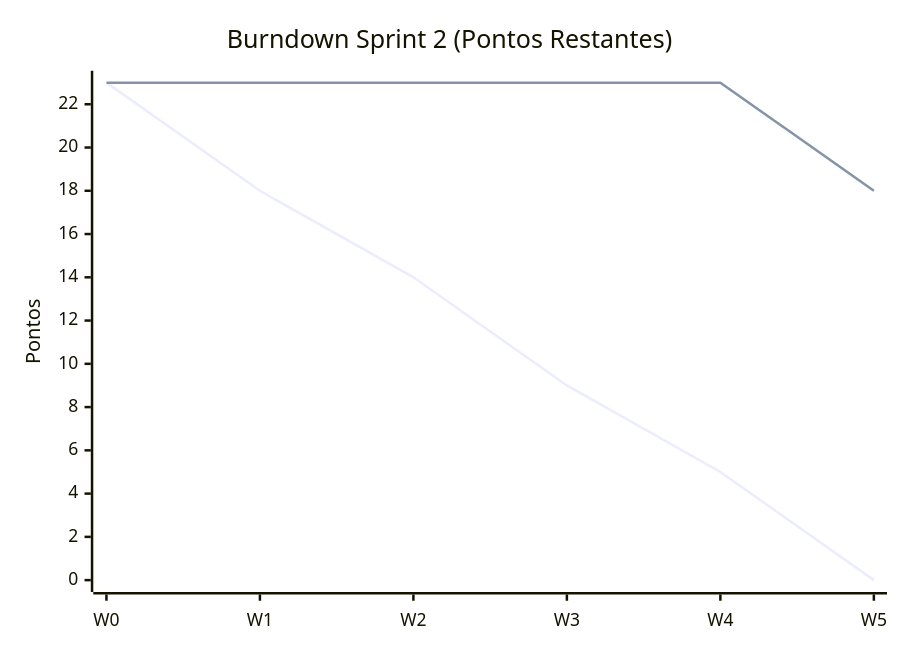
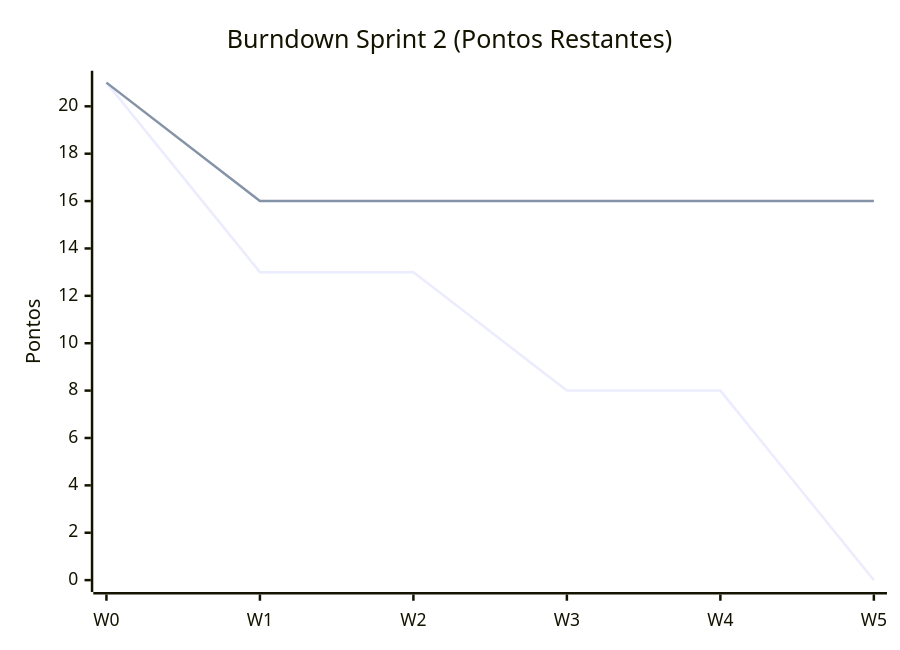
One commit to candago-6/documentacao changed the second of 3 diagrams in README.md. Above: the diagram before and after it, drawn with Mermaid. The commit also changed other lines of this file, not shown here.

Commit message:
update sprints

````diff
--- a/README.md
+++ b/README.md
@@ -151,8 +151,8 @@
 ```mermaid
 xychart-beta
 	title "Burndown Sprint 2 (Pontos Restantes)"
 	x-axis [W0, W1, W2, W3, W4, W5]
-	y-axis "Pontos" 0 --> 23
-	line "planejado" [23, 18, 14, 9, 5, 0]
-	line "real" [23, 23, 23, 23, 23, 18]
+	y-axis "Pontos" 0 --> 21
+	line "planejado" [21, 13, 13, 8, 8, 0]
+	line "real" [21, 16, 16, 16, 16, 16]
 ```
````
